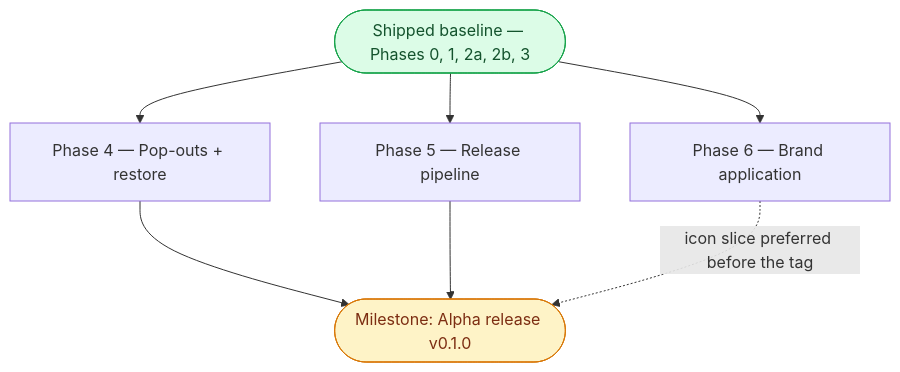
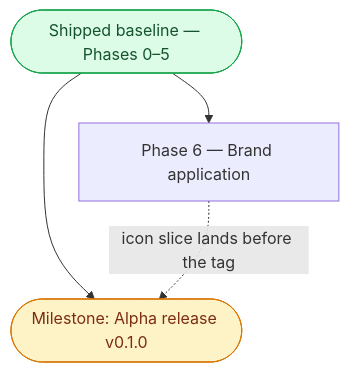
Before and after one commit to ericwait/eaa-traffic-monitor: the diagram in docs/Implementation-Plan.md, drawn with Mermaid. The commit also changed other lines of this file and 2 other files, not shown here.

````diff
--- a/docs/Implementation-Plan.md
+++ b/docs/Implementation-Plan.md
@@ -39,21 +37,16 @@
 ```mermaid
 flowchart TD
-    BASE(["Shipped baseline — Phases 0, 1, 2a, 2b, 3"])
-    P4["Phase 4 — Pop-outs + restore"]
-    P5["Phase 5 — Release pipeline"]
+    BASE(["Shipped baseline — Phases 0–5"])
     P6["Phase 6 — Brand application"]
 
     ALPHA(["Milestone: Alpha release v0.1.0"])
 
-    BASE --> P4
-    BASE --> P5
+    BASE --> ALPHA
     BASE --> P6
-    P4 --> ALPHA
-    P5 --> ALPHA
-    P6 -. icon slice preferred before the tag .-> ALPHA
+    P6 -. icon slice lands before the tag .-> ALPHA
 
     classDef milestone fill:#fef3c7,stroke:#d97706,color:#7c2d12
     classDef shipped fill:#dcfce7,stroke:#16a34a,color:#14532d
     class ALPHA milestone
     class BASE shipped
 ```
````
